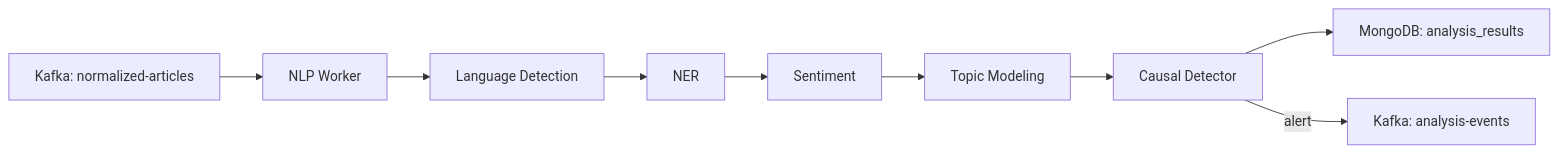
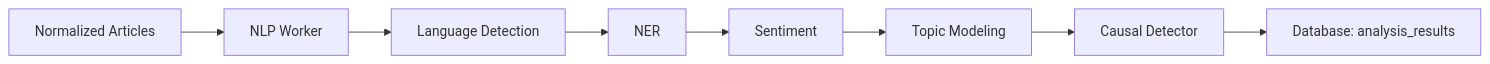
Before and after one commit to HCMUS-Software-Architecture/Back-end: the third of 7 diagrams in doc/Features.md, drawn with Mermaid. The commit also changed other lines of this file and 6 other files, not shown here.

Commit message:
Restructure documentation with evolutionary architecture and separate operations guide

````diff
--- a/doc/Features.md
+++ b/doc/Features.md
@@ -98,11 +116,10 @@
 ```mermaid
 flowchart LR
-  K2[Kafka: normalized-articles] --> W[NLP Worker]
+  K2[Normalized Articles] --> W[NLP Worker]
   W --> LD[Language Detection]
   LD --> NER[NER]
   NER --> Sent[Sentiment]
   Sent --> Topic[Topic Modeling]
   Topic --> Causal[Causal Detector]
-  Causal --> AR[MongoDB: analysis_results]
-  Causal -->|alert| EV[Kafka: analysis-events]
+  Causal --> AR[Database: analysis_results]
 ```
````
